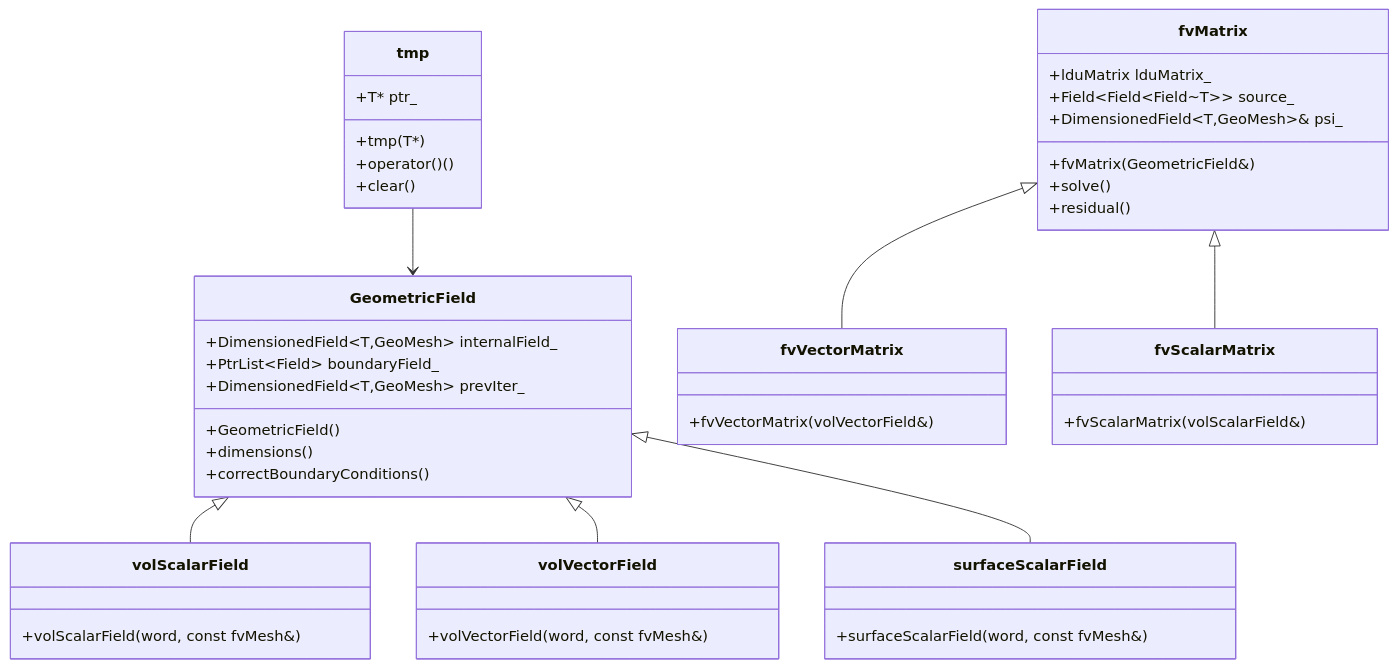
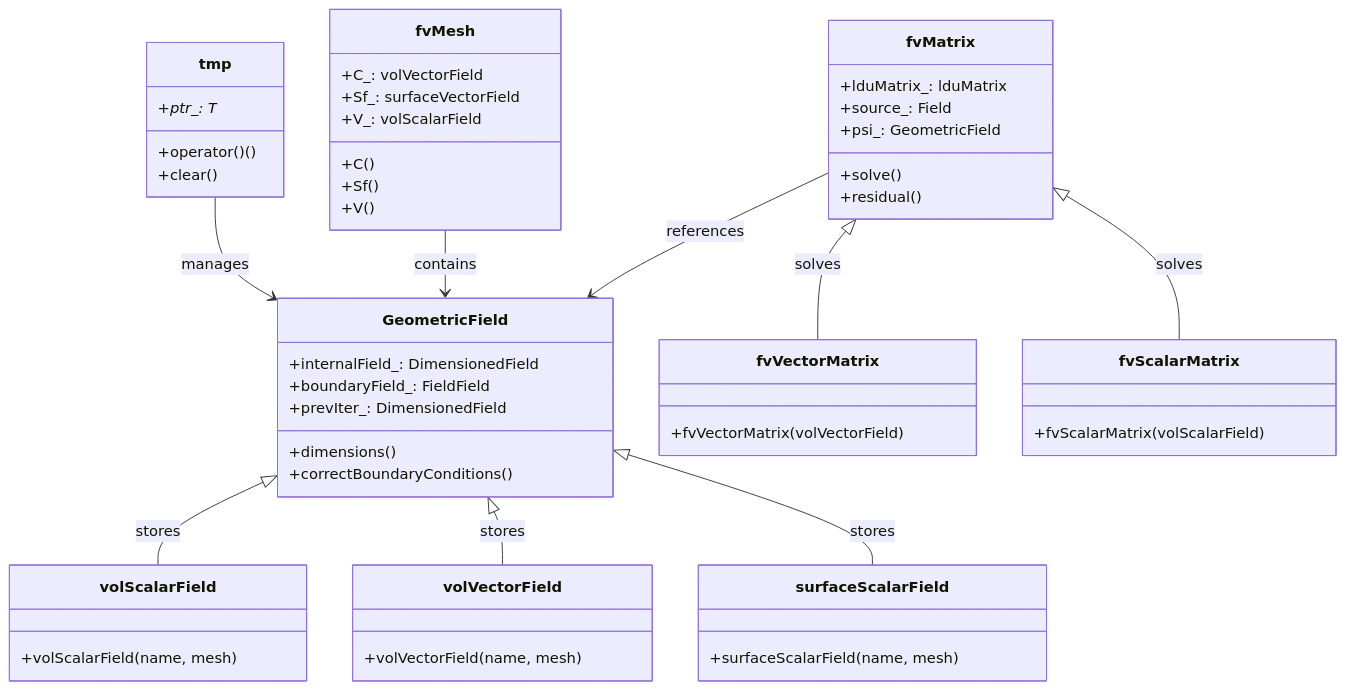
The first of 3 diagrams in daily_learning/2026-01-01.md (wramet/build-my-cfd), drawn with Mermaid before and after one commit.

Commit message:
Checkpoint: Stage 6a: Class Diagram complete for 2026-01-01

````diff
--- a/daily_learning/2026-01-01.md
+++ b/daily_learning/2026-01-01.md
@@ -160,54 +160,62 @@
 ```mermaid
 classDiagram
     class GeometricField {
-        +DimensionedField~T,GeoMesh~ internalField_
-        +PtrList~Field~ boundaryField_
-        +DimensionedField~T,GeoMesh~ prevIter_
-        +GeometricField()
+        +internalField_: DimensionedField
+        +boundaryField_: FieldField
+        +prevIter_: DimensionedField
         +dimensions()
         +correctBoundaryConditions()
     }
 
     class volScalarField {
-        +volScalarField(word, const fvMesh&)
+        +volScalarField(name, mesh)
     }
 
     class volVectorField {
-        +volVectorField(word, const fvMesh&)
+        +volVectorField(name, mesh)
     }
 
     class surfaceScalarField {
-        +surfaceScalarField(word, const fvMesh&)
+        +surfaceScalarField(name, mesh)
     }
 
     class fvMatrix {
-        +lduMatrix lduMatrix_
-        +Field~Field~Field~T~~ source_
-        +DimensionedField~T,GeoMesh~& psi_
-        +fvMatrix(GeometricField&)
+        +lduMatrix_: lduMatrix
+        +source_: Field
+        +psi_: GeometricField
         +solve()
         +residual()
     }
 
     class fvVectorMatrix {
-        +fvVectorMatrix(volVectorField&)
+        +fvVectorMatrix(volVectorField)
     }
 
     class fvScalarMatrix {
-        +fvScalarMatrix(volScalarField&)
+        +fvScalarMatrix(volScalarField)
     }
 
     class tmp {
-        +T* ptr_
-        +tmp(T*)
+        +ptr_: T*
         +operator()()
         +clear()
     }
 
-    GeometricField <|-- volScalarField
-    GeometricField <|-- volVectorField
-    GeometricField <|-- surfaceScalarField
-    fvMatrix <|-- fvVectorMatrix
-    fvMatrix <|-- fvScalarMatrix
-    tmp --> GeometricField
+    class fvMesh {
+        +C_: volVectorField
+        +Sf_: surfaceVectorField
+        +V_: volScalarField
+        +C()
+        +Sf()
+        +V()
+    }
+
+    GeometricField <|-- volScalarField : stores
+    GeometricField <|-- volVectorField : stores
+    GeometricField <|-- surfaceScalarField : stores
+    fvMatrix <|-- fvVectorMatrix : solves
+    fvMatrix <|-- fvScalarMatrix : solves
+    tmp --> GeometricField : manages
+    fvMesh --> GeometricField : contains
+    fvMatrix --> GeometricField : references
 ```
````
